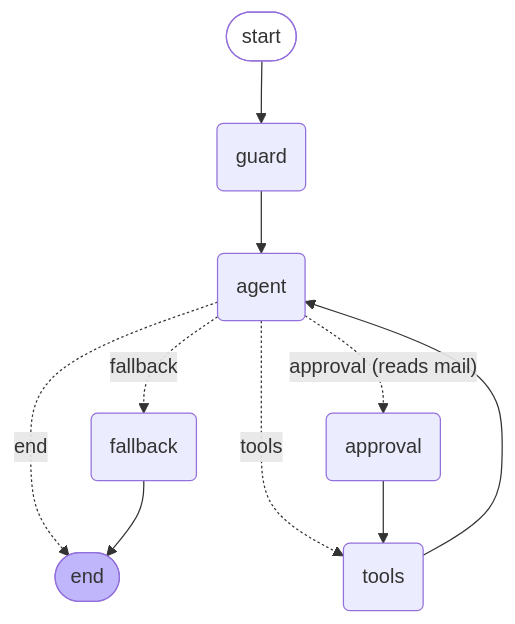
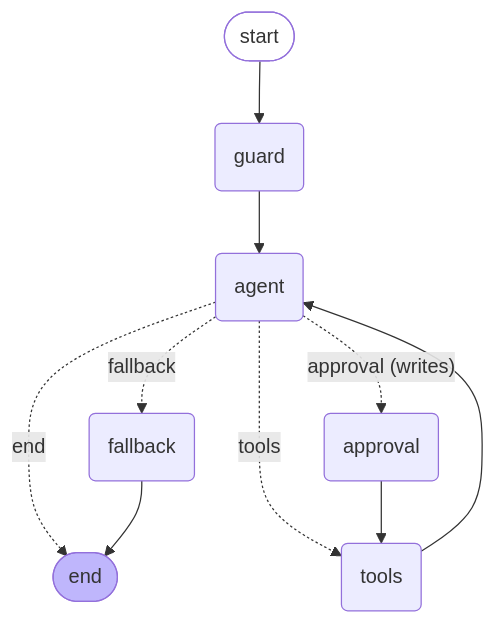
The diagram in README.md (aarensberg/langgraph-agent), drawn with Mermaid before and after one commit. The commit also changed other lines of this file and 6 other files, not shown here.

Commit message:
added: write tools (draft/send mail, create event) gated by human approval; removed read-gating

````diff
--- a/README.md
+++ b/README.md
@@ -33,21 +34,21 @@
 ```mermaid
 graph TD;
 	__start__([start]):::first
 	guard(guard)
 	agent(agent)
 	approval(approval)
 	tools(tools)
 	fallback(fallback)
 	__end__([end]):::last
 	__start__ --> guard;
 	guard --> agent;
 	agent -. "end" .-> __end__;
 	agent -. "tools" .-> tools;
-	agent -. "approval (reads mail)" .-> approval;
+	agent -. "approval (writes)" .-> approval;
 	agent -. "fallback" .-> fallback;
 	approval --> tools;
 	tools --> agent;
 	fallback --> __end__;
 	classDef first fill-opacity:0
 	classDef last fill:#bfb6fc
 ```
````
